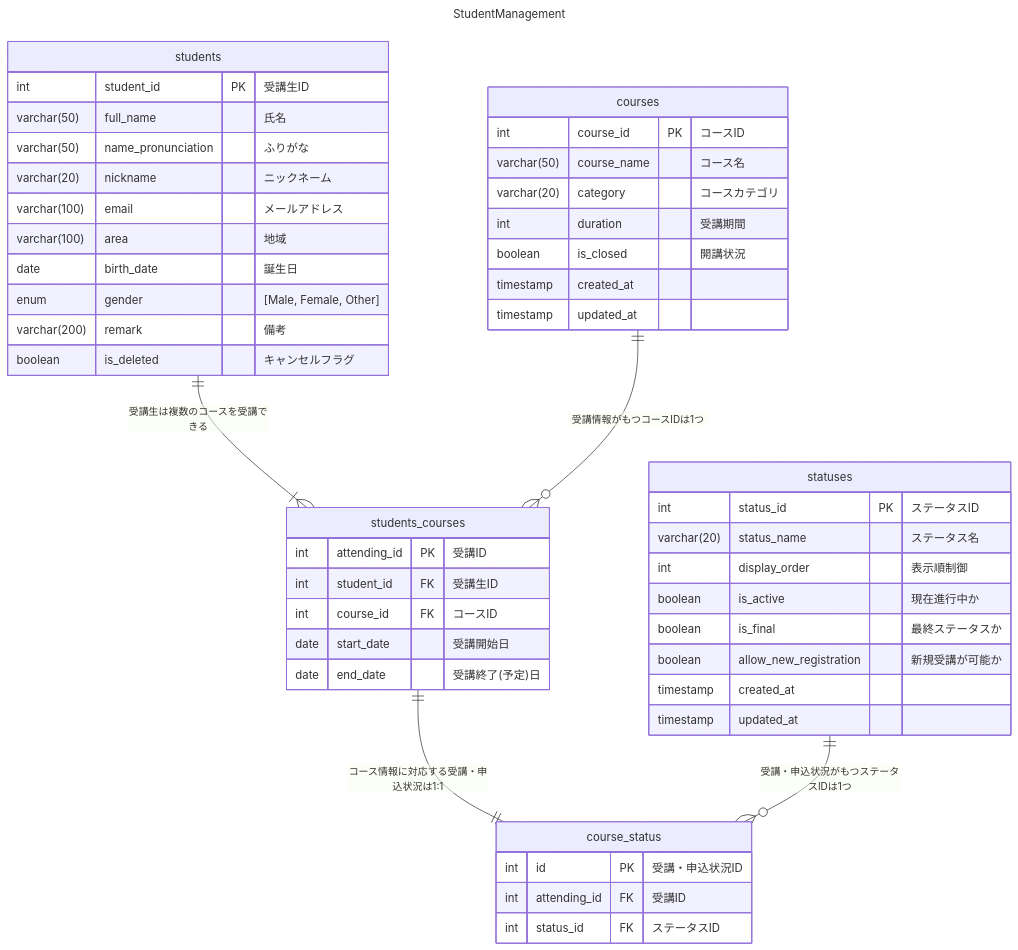
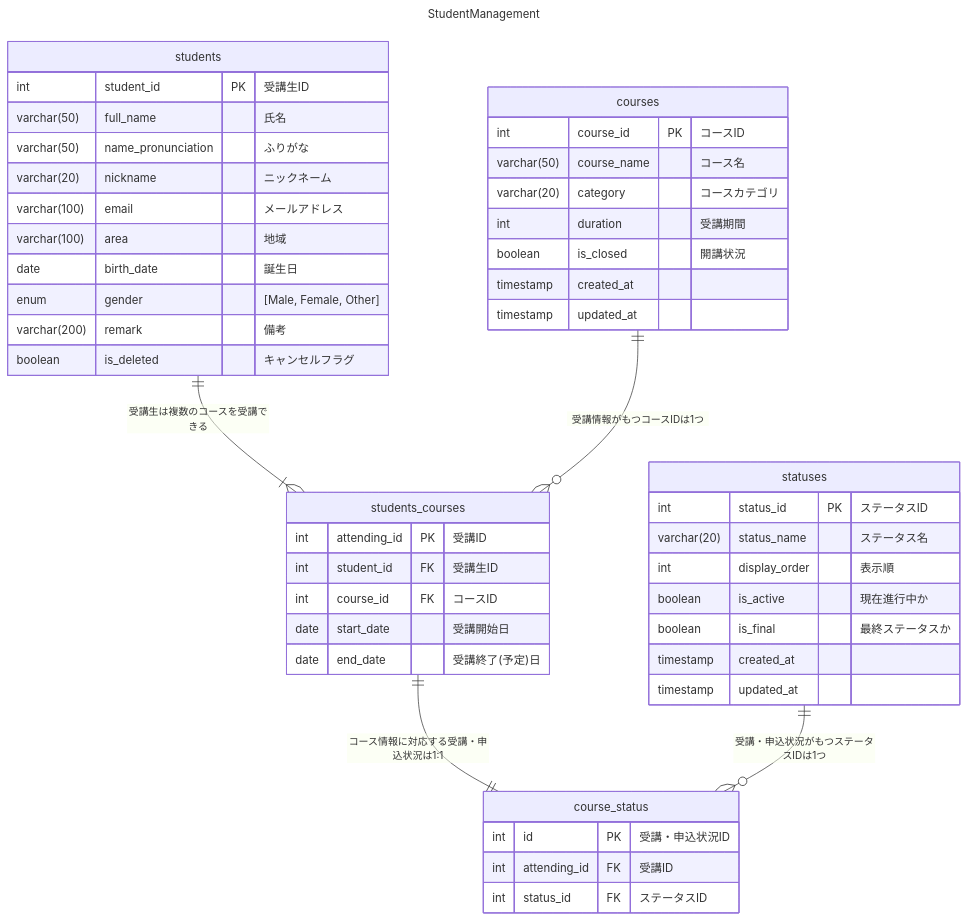
Before and after one commit to aym0546/student.management: the diagram in README.md, drawn with Mermaid. The commit also changed 9 other files, not shown here.

````diff
--- a/README.md
+++ b/README.md
@@ -9,59 +9,58 @@
 ```mermaid
 ---
 title: "StudentManagement"
 ---
 
 erDiagram
     students ||--|{ students_courses: "受講生は複数のコースを受講できる"
     students_courses ||--|| course_status: "コース情報に対応する受講・申込状況は1:1"
     courses ||--o{ students_courses: "受講情報がもつコースIDは1つ"
     statuses ||--o{ course_status: "受講・申込状況がもつステータスIDは1つ"
 
     students {
         int student_id PK "受講生ID"
         varchar(50) full_name "氏名"
         varchar(50) name_pronunciation "ふりがな"
         varchar(20) nickname "ニックネーム"
         varchar(100) email "メールアドレス"
         varchar(100) area "地域"
         date birth_date "誕生日"
         enum gender "[Male, Female, Other]"
         varchar(200) remark "備考"
         boolean is_deleted "キャンセルフラグ"
     }
 
     students_courses {
         int attending_id PK "受講ID"
         int student_id FK "受講生ID"
         int course_id FK "コースID"
         date start_date "受講開始日"
         date end_date "受講終了(予定)日"
     }
 
     courses {
         int course_id PK "コースID"
         varchar(50) course_name "コース名"
         varchar(20) category "コースカテゴリ"
         int duration "受講期間"
         boolean is_closed "開講状況"
         timestamp created_at
         timestamp updated_at
     }
 
     course_status {
         int id PK "受講・申込状況ID"
         int attending_id FK "受講ID"
         int status_id FK "ステータスID"
     }
 
     statuses {
         int status_id PK "ステータスID"
         varchar(20) status_name "ステータス名"
-        int display_order "表示順制御"
+        int display_order "表示順"
         boolean is_active "現在進行中か"
         boolean is_final "最終ステータスか"
-        boolean allow_new_registration "新規受講が可能か"
         timestamp created_at
         timestamp updated_at
     }
 ```
````
